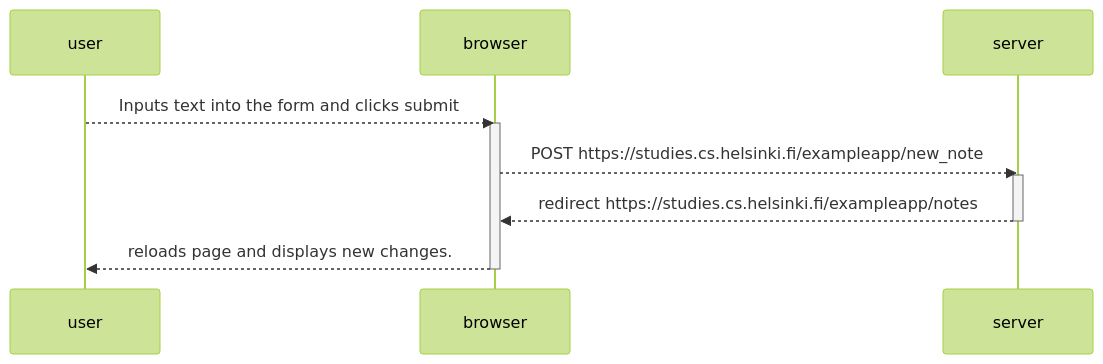
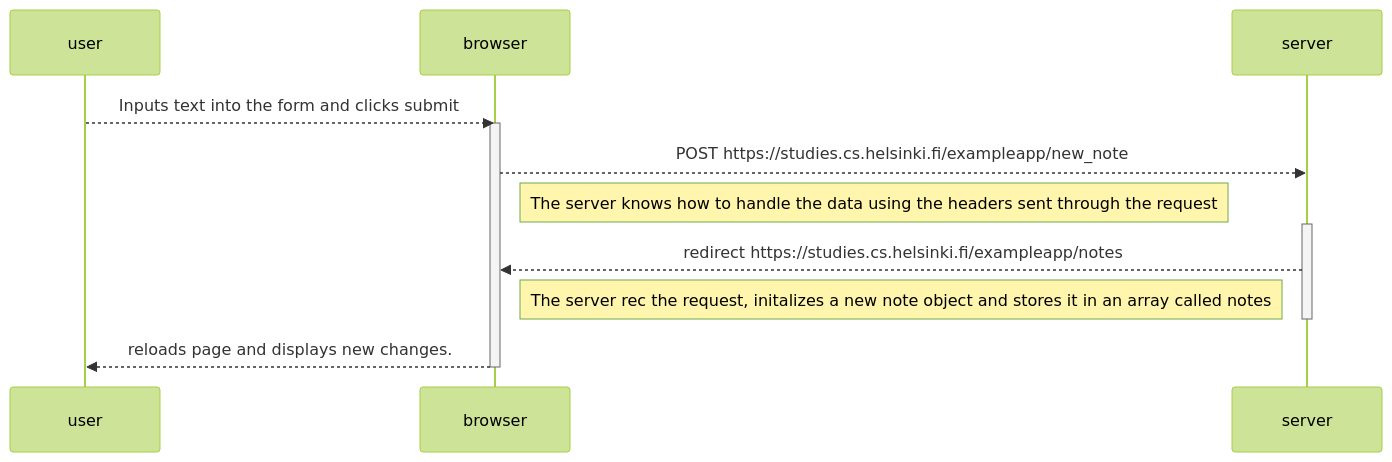
The diagram in part0/4.md (williamw04/FullStackOpen), drawn with Mermaid (forest theme) before and after one commit. The commit also changed other lines of this file and 2 other files, not shown here.

````diff
--- a/part0/4.md
+++ b/part0/4.md
@@ -5,15 +5,17 @@
 ```mermaid
 sequenceDiagram
     participant user
     participant browser
     participant server
 
    user-->>browser: Inputs text into the form and clicks submit
    activate browser
    browser-->>server: POST https://studies.cs.helsinki.fi/exampleapp/new_note
+   note right of browser: The server knows how to handle the data using the headers sent through the request
    activate server
    server-->>browser: redirect https://studies.cs.helsinki.fi/exampleapp/notes
+   note right of browser: The server rec the request, initalizes a new note object and stores it in an array called notes
    deactivate server
    browser-->>user: reloads page and displays new changes.
    deactivate browser
 ```
````
